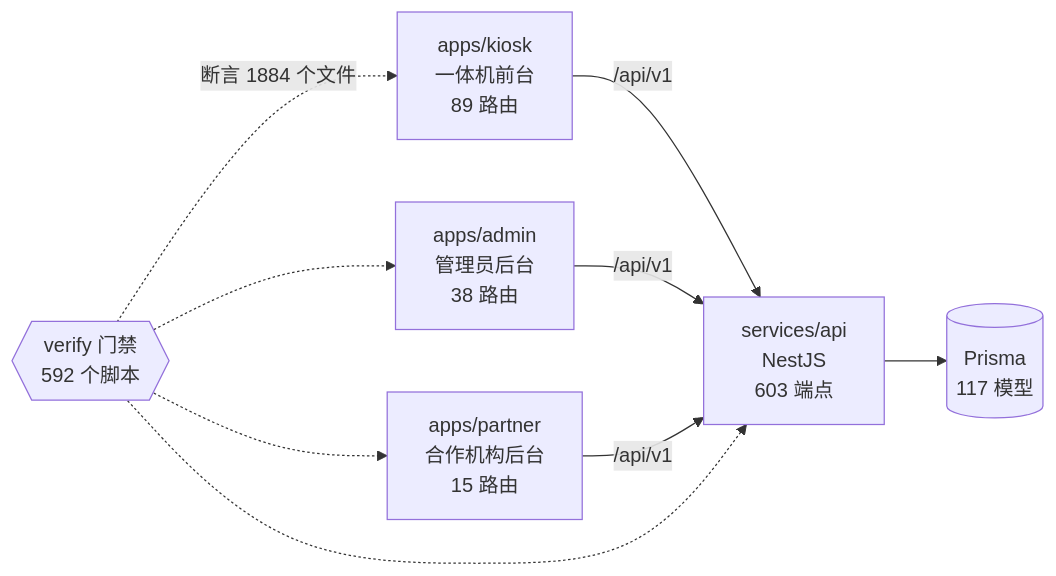
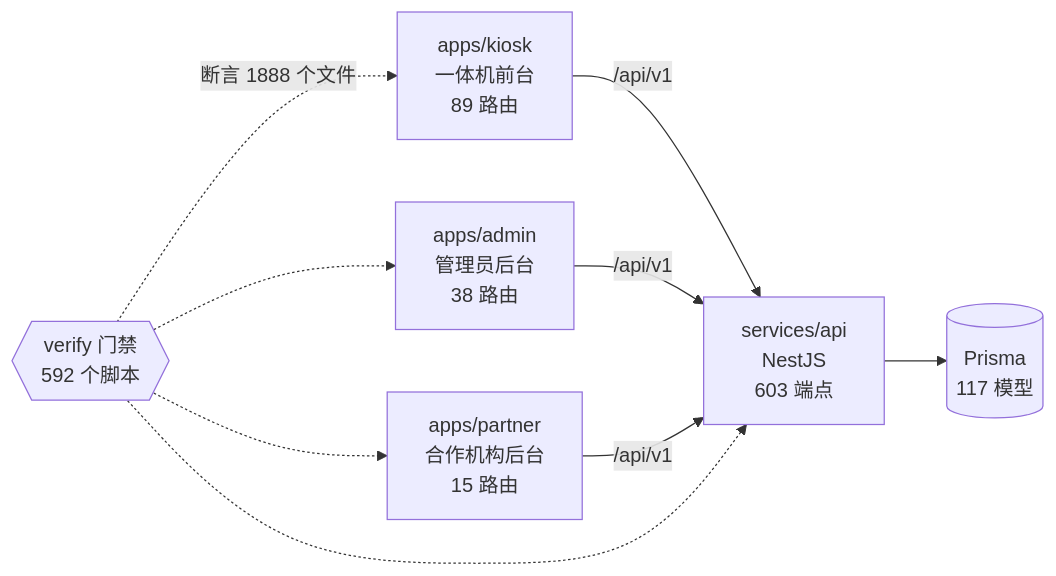
The diagram in docs/graph/README.md (wanglei581/YITIJI), drawn with Mermaid before and after one commit. The commit also changed other lines of this file and 8 other files, not shown here.

````diff
--- a/docs/graph/README.md
+++ b/docs/graph/README.md
@@ -68,18 +68,18 @@
 ```mermaid
 flowchart LR
   kiosk["apps/kiosk<br/>一体机前台<br/>89 路由"]
   admin["apps/admin<br/>管理员后台<br/>38 路由"]
   partner["apps/partner<br/>合作机构后台<br/>15 路由"]
   api["services/api<br/>NestJS<br/>603 端点"]
   db[("Prisma<br/>117 模型")]
   gates{{"verify 门禁<br/>592 个脚本"}}
 
   kiosk -->|"/api/v1"| api
   admin -->|"/api/v1"| api
   partner -->|"/api/v1"| api
   api --> db
-  gates -.->|"断言 1884 个文件"| kiosk
+  gates -.->|"断言 1888 个文件"| kiosk
   gates -.-> admin
   gates -.-> partner
   gates -.-> api
 ```
````
